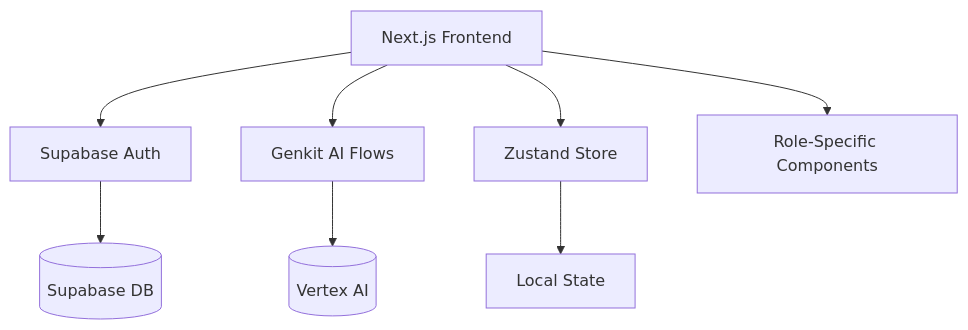
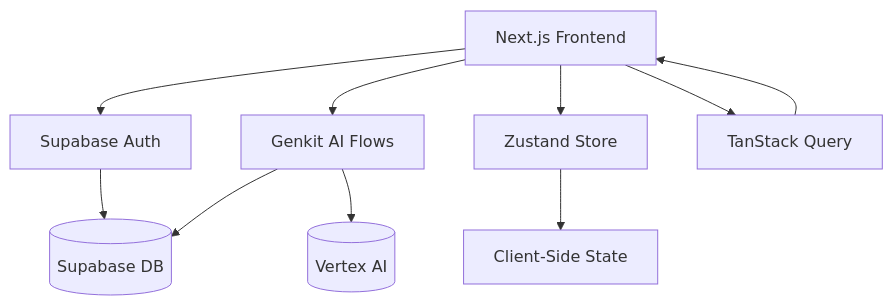
One commit to Intro0siddiqui/Elmiclan changed the first of 2 diagrams in docs/technical-spec.md. Above: the diagram before and after it, drawn with Mermaid. The commit also changed other lines of this file and 10 other files, not shown here.

````diff
--- a/docs/technical-spec.md
+++ b/docs/technical-spec.md
@@ -4,10 +6,12 @@
 ```mermaid
 graph TD
-    A[Next.js Frontend] --> B[Supabase Auth]
-    A --> C[Genkit AI Flows]
-    A --> D[Zustand Store]
-    B --> E[(Supabase DB)]
-    C --> F[(Vertex AI)]
-    D --> G[Local State]
-    A --> H[Role-Specific Components]
+    A[Next.js Frontend] --> B[Supabase Auth];
+    A --> C[Genkit AI Flows];
+    A --> D[Zustand Store];
+    A --> E[TanStack Query];
+    B --> F[(Supabase DB)];
+    C --> G[(Vertex AI)];
+    C --> F;
+    D --> H[Client-Side State];
+    E --> A;
 ```
````
